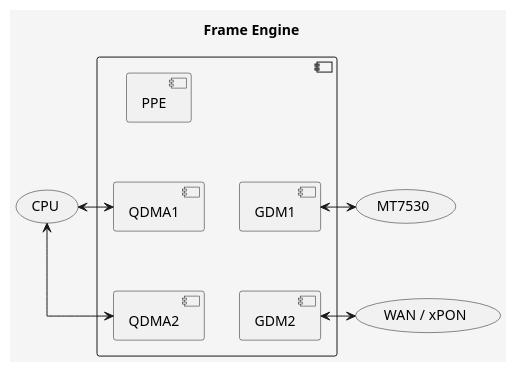
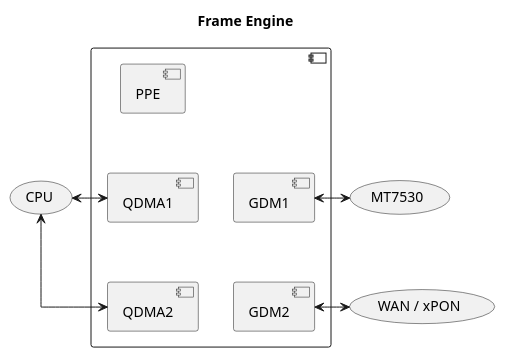
One commit to cjdelisle/econet-linux-wiki changed the diagram in hardware/EN751221/frame-engine.md. Above: the diagram before and after it, drawn with PlantUML. The commit also changed other lines of this file, not shown here.

````diff
--- a/hardware/EN751221/frame-engine.md
+++ b/hardware/EN751221/frame-engine.md
@@ -17,27 +17,27 @@
 ```plantuml
 @startuml FrameEngine
 skinparam linetype ortho
-skinparam backgroundColor #f5f5f5
+skinparam backgroundColor #ffffff
 title "Frame Engine"
 
 component {
     component QDMA1
     component QDMA2
     component GDM1
     component GDM2
     component PPE
 }
 
 QDMA1 <-left-> (CPU)
 QDMA2 <-left-> (CPU)
 QDMA1 -[hidden]down-> QDMA2
 
 QDMA1 -[hidden]right-> GDM1
 QDMA2 -[hidden]right-> GDM2
 QDMA1 -[hidden]up-> PPE
 
 GDM1 <-right-> (MT7530)
 GDM2 <-right-> (WAN / xPON)
 @enduml
 
 ```
````
